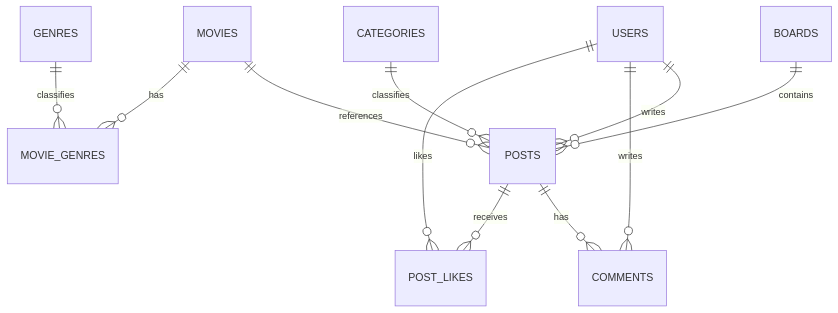
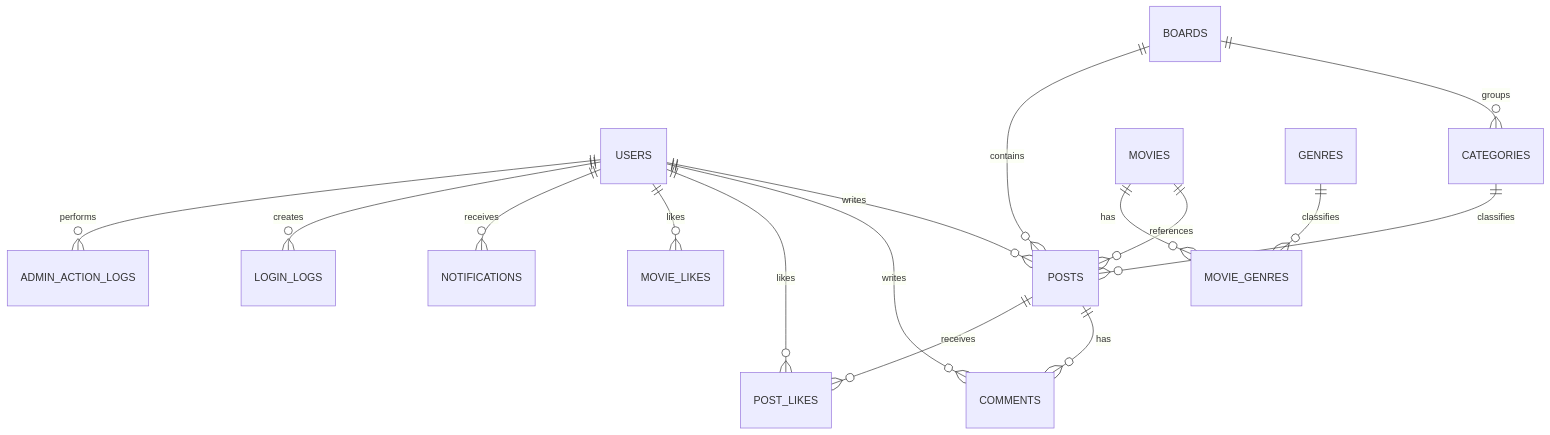
The second of 2 diagrams in README.md (dusghk0802/1st_project), drawn with Mermaid before and after one commit. The commit also changed other lines of this file, not shown here.

Commit message:
Expand README with ERD and feature guide

````diff
--- a/README.md
+++ b/README.md
@@ -62,13 +83,18 @@
 ```mermaid
 erDiagram
     USERS ||--o{ POSTS : writes
     USERS ||--o{ COMMENTS : writes
     USERS ||--o{ POST_LIKES : likes
+    USERS ||--o{ MOVIE_LIKES : likes
+    USERS ||--o{ NOTIFICATIONS : receives
+    USERS ||--o{ LOGIN_LOGS : creates
+    USERS ||--o{ ADMIN_ACTION_LOGS : performs
+    BOARDS ||--o{ CATEGORIES : groups
     BOARDS ||--o{ POSTS : contains
     CATEGORIES ||--o{ POSTS : classifies
     MOVIES ||--o{ POSTS : references
+    MOVIES ||--o{ MOVIE_GENRES : has
+    GENRES ||--o{ MOVIE_GENRES : classifies
     POSTS ||--o{ COMMENTS : has
     POSTS ||--o{ POST_LIKES : receives
-    MOVIES ||--o{ MOVIE_GENRES : has
-    GENRES ||--o{ MOVIE_GENRES : classifies
 ```
````
